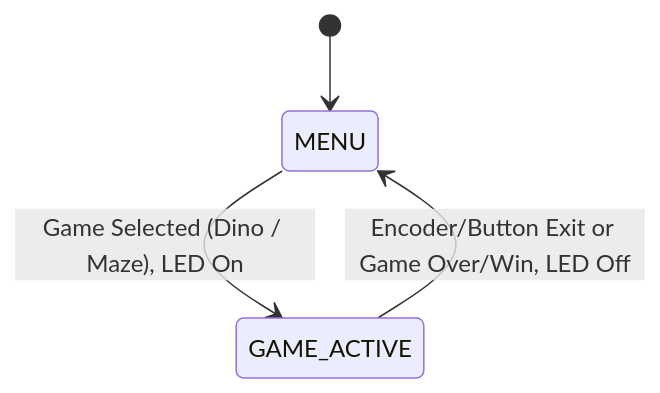
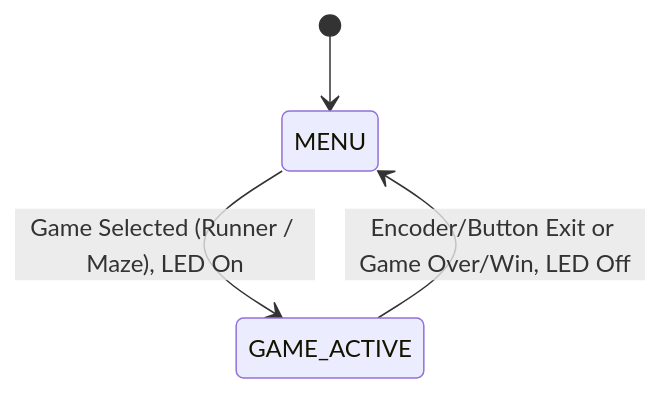
Before and after one commit to ji227/Jesse-Iriah-s-Lab-Hub: the diagram in Lab 4/README.md, drawn with Mermaid.

````diff
--- a/Lab 4/README.md
+++ b/Lab 4/README.md
@@ -180,11 +180,11 @@
 ```mermaid
 stateDiagram-v2
 
 	[*] --> MENU
 
     state "MENU" as MENU
     state "GAME_ACTIVE" as GAME_ACTIVE
 
-    MENU --> GAME_ACTIVE: Game Selected (Dino / Maze), LED On
+    MENU --> GAME_ACTIVE: Game Selected (Runner / Maze), LED On
     GAME_ACTIVE --> MENU: Encoder/Button Exit or Game Over/Win, LED Off
 ```
````
